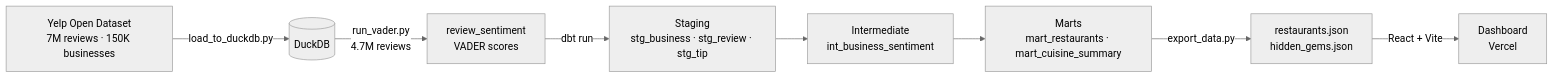
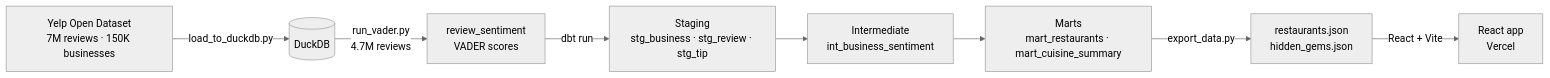
Before and after one commit to matigorenberg/yelp-dbt-analytics: the diagram in README.md, drawn with Mermaid (neutral theme).

Commit message:
Fix pipeline diagram: rename Dashboard to React app

````diff
--- a/README.md
+++ b/README.md
@@ -36,10 +36,10 @@
 ```mermaid
 flowchart LR
     A["Yelp Open Dataset<br/>7M reviews · 150K businesses"] -->|load_to_duckdb.py| B[("DuckDB")]
     B -->|run_vader.py<br/>4.7M reviews| C["review_sentiment<br/>VADER scores"]
     C -->|dbt run| D["Staging<br/>stg_business · stg_review · stg_tip"]
     D --> E["Intermediate<br/>int_business_sentiment"]
     E --> F["Marts<br/>mart_restaurants · mart_cuisine_summary"]
     F -->|export_data.py| G["restaurants.json<br/>hidden_gems.json"]
-    G -->|React + Vite| H["Dashboard<br/>Vercel"]
+    G -->|React + Vite| H["React app<br/>Vercel"]
 ```
````
